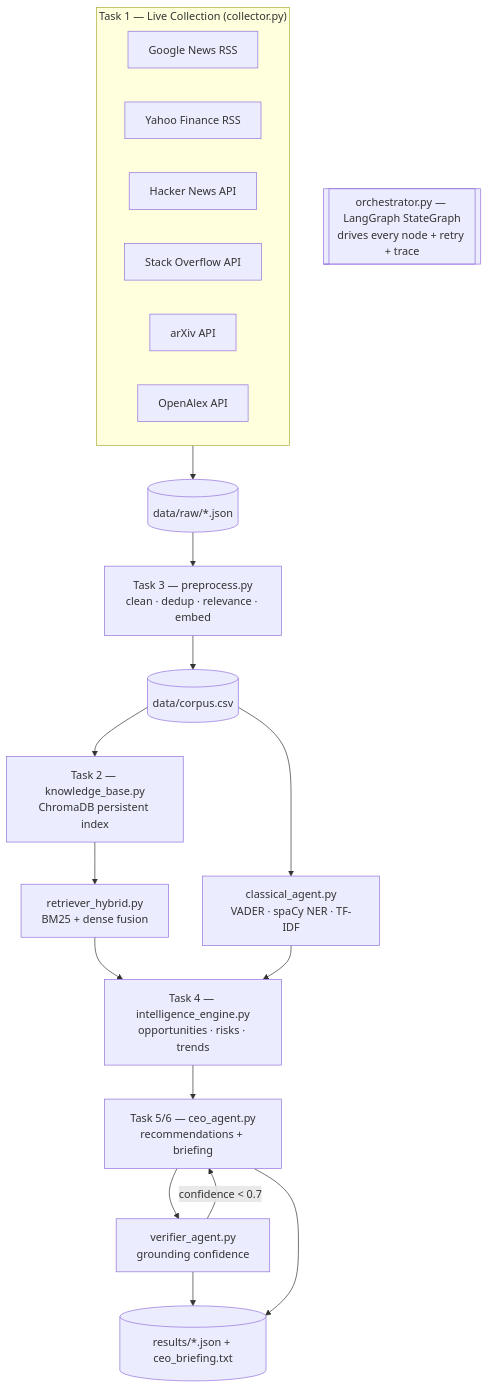
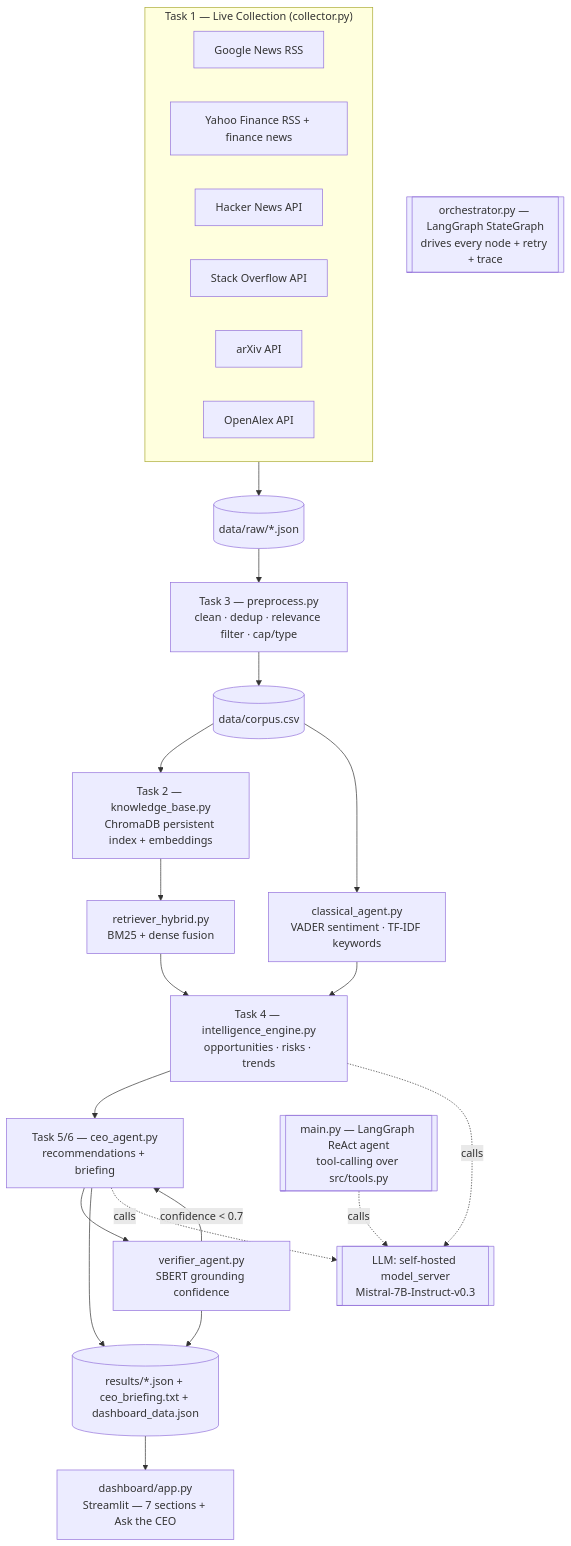
The diagram in README.md (mirb-404/NLP_Final_Exam), drawn with Mermaid before and after one commit. The commit also changed other lines of this file and 4 other files, not shown here.

````diff
--- a/README.md
+++ b/README.md
@@ -17,25 +22,31 @@
 ```mermaid
 flowchart TD
     subgraph Collect["Task 1 — Live Collection (collector.py)"]
         N[Google News RSS]
-        F[Yahoo Finance RSS]
+        F[Yahoo Finance RSS + finance news]
         H[Hacker News API]
         S[Stack Overflow API]
         A[arXiv API]
         O[OpenAlex API]
     end
     Collect --> RAW[(data/raw/*.json)]
-    RAW --> P[Task 3 — preprocess.py<br/>clean · dedup · relevance · embed]
+    RAW --> P[Task 3 — preprocess.py<br/>clean · dedup · relevance filter · cap/type]
     P --> CORP[(data/corpus.csv)]
-    CORP --> KB[Task 2 — knowledge_base.py<br/>ChromaDB persistent index]
+    CORP --> KB[Task 2 — knowledge_base.py<br/>ChromaDB persistent index + embeddings]
     KB --> R[retriever_hybrid.py<br/>BM25 + dense fusion]
-    CORP --> CL[classical_agent.py<br/>VADER · spaCy NER · TF-IDF]
+    CORP --> CL[classical_agent.py<br/>VADER sentiment · TF-IDF keywords]
     R --> IE[Task 4 — intelligence_engine.py<br/>opportunities · risks · trends]
     CL --> IE
     IE --> CEO[Task 5/6 — ceo_agent.py<br/>recommendations + briefing]
-    CEO --> V[verifier_agent.py<br/>grounding confidence]
+    CEO --> V[verifier_agent.py<br/>SBERT grounding confidence]
     V -->|confidence < 0.7| CEO
-    V --> OUT[(results/*.json + ceo_briefing.txt)]
+    V --> OUT[(results/*.json + ceo_briefing.txt + dashboard_data.json)]
     CEO --> OUT
+    OUT --> DASH[dashboard/app.py<br/>Streamlit — 7 sections + Ask the CEO]
     ORCH[[orchestrator.py — LangGraph StateGraph<br/>drives every node + retry + trace]]
+    AGENT[[main.py — LangGraph ReAct agent<br/>tool-calling over src/tools.py]]
+    LLM[[LLM: self-hosted model_server<br/>Mistral-7B-Instruct-v0.3]]
+    AGENT -.calls.-> LLM
+    IE -.calls.-> LLM
+    CEO -.calls.-> LLM
 ```
````
